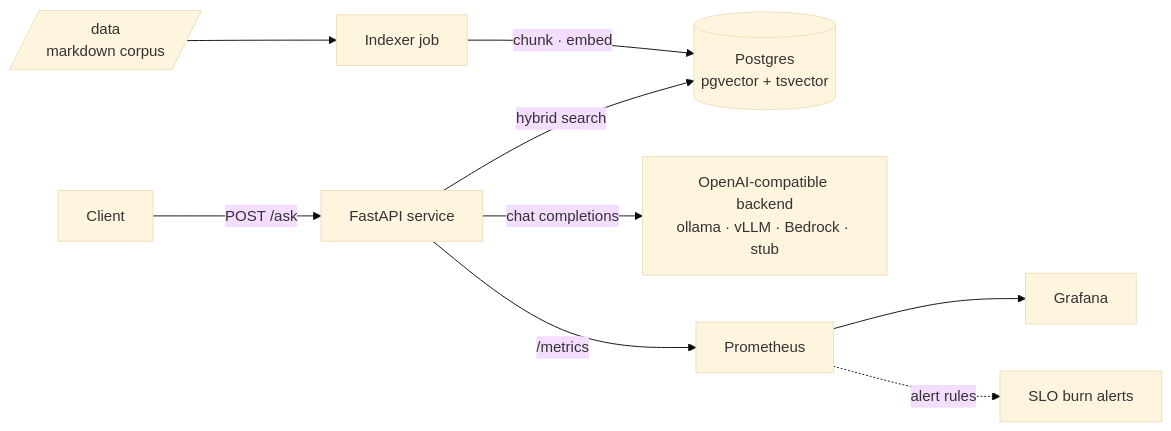
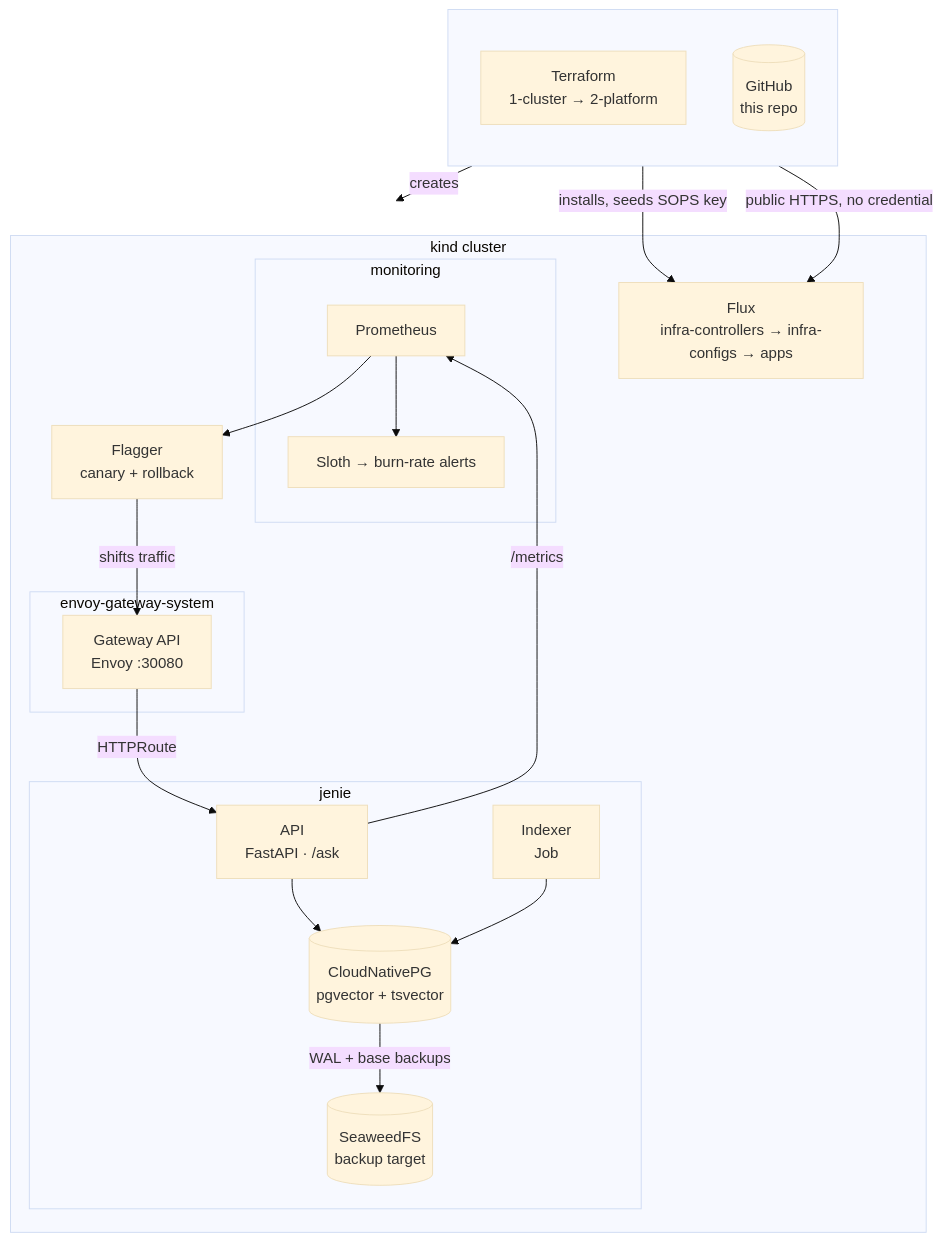
The diagram in README.md (fordkuppp/jenosize-ai-devops-assignment-patsakorn), drawn with Mermaid (base theme) before and after one commit. The commit also changed other lines of this file and 1 other file, not shown here.

First line of the commit message:
fix(ci): venv for PEP 668, skip the encrypted Secret in schema checks

````diff
--- a/README.md
+++ b/README.md
@@ -13,11 +15,43 @@
 ```mermaid
-flowchart LR
-    U[Client] -->|POST /ask| API[FastAPI service]
-    API -->|hybrid search| PG[(Postgres<br/>pgvector + tsvector)]
-    API -->|chat completions| LLM[OpenAI-compatible backend<br/>ollama · vLLM · Bedrock · stub]
-    DATA[/data<br/>markdown corpus/] --> W[Indexer job]
-    W -->|chunk · embed| PG
-    API -->|/metrics| PROM[Prometheus]
-    PROM --> GRAF[Grafana]
-    PROM -.->|alert rules| SLO[SLO burn alerts]
+flowchart TB
+    subgraph host[" "]
+        direction TB
+        TF[Terraform<br/>1-cluster → 2-platform]
+        GH[(GitHub<br/>this repo)]
+    end
+
+    TF -->|creates| K8S
+    TF -->|installs, seeds SOPS key| FLUX
+    GH -->|public HTTPS, no credential| FLUX
+
+    subgraph K8S["kind cluster"]
+        FLUX[Flux<br/>infra-controllers → infra-configs → apps]
+
+        subgraph edge["envoy-gateway-system"]
+            GW[Gateway API<br/>Envoy :30080]
+        end
+
+        subgraph app["jenie"]
+            API[API<br/>FastAPI · /ask]
+            IDX[Indexer<br/>Job]
+            PG[(CloudNativePG<br/>pgvector + tsvector)]
+            S3[(SeaweedFS<br/>backup target)]
+        end
+
+        subgraph obs["monitoring"]
+            PROM[Prometheus]
+            SLOTH[Sloth → burn-rate alerts]
+        end
+
+        FLAG[Flagger<br/>canary + rollback]
+    end
+
+    GW -->|HTTPRoute| API
+    API --> PG
+    IDX --> PG
+    PG -->|WAL + base backups| S3
+    API -->|/metrics| PROM
+    PROM --> SLOTH
+    PROM --> FLAG
+    FLAG -->|shifts traffic| GW
 ```
````
